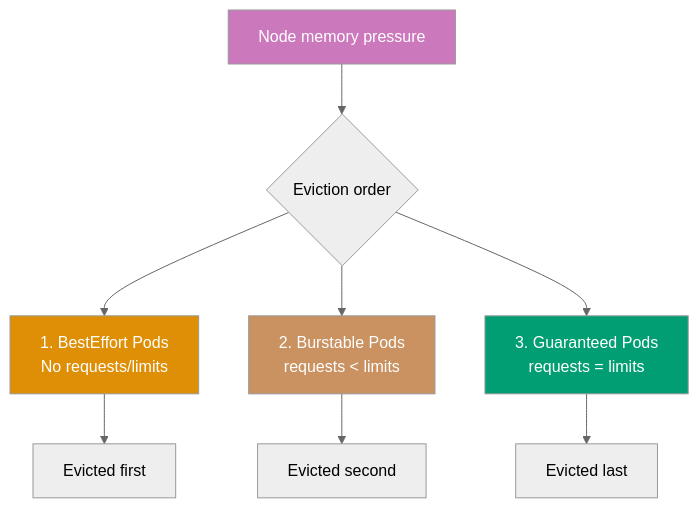
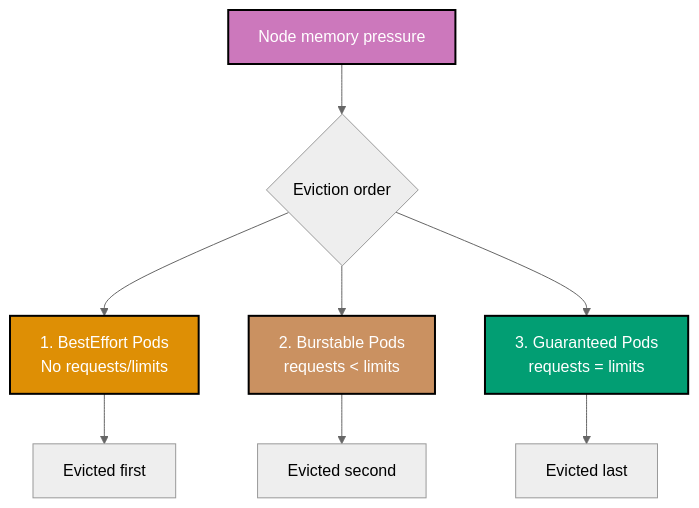
The ninth of 12 diagrams in apps/ayokoding-web/content/en/learn/software-engineering/infrastructure/tools/kubernetes/by-example/intermediate.md (wahidyankf/open-sharia-enterprise), drawn with Mermaid (neutral theme) before and after one commit. The commit also changed other lines of this file and 25 other files, not shown here.

````diff
--- a/apps/ayokoding-web/content/en/learn/software-engineering/infrastructure/tools/kubernetes/by-example/intermediate.md
+++ b/apps/ayokoding-web/content/en/learn/software-engineering/infrastructure/tools/kubernetes/by-example/intermediate.md
@@ -2003,16 +2011,17 @@
 ```mermaid
+%% Color Palette: Blue #0173B2, Orange #DE8F05, Teal #029E73, Purple #CC78BC, Brown #CA9161
 %% QoS eviction priority
 graph TD
  A[Node memory pressure] --> B{Eviction order}
  B --> C[1. BestEffort Pods<br/>No requests/limits]
  B --> D[2. Burstable Pods<br/>requests < limits]
  B --> E[3. Guaranteed Pods<br/>requests = limits]
  C --> F[Evicted first]
  D --> G[Evicted second]
  E --> H[Evicted last]
 
- style A fill:#CC78BC,color:#fff
- style C fill:#DE8F05,color:#fff
- style D fill:#CA9161,color:#fff
- style E fill:#029E73,color:#fff
+ style A fill:#CC78BC,stroke:#000000,stroke-width:2px,color:#fff
+ style C fill:#DE8F05,stroke:#000000,stroke-width:2px,color:#fff
+ style D fill:#CA9161,stroke:#000000,stroke-width:2px,color:#fff
+ style E fill:#029E73,stroke:#000000,stroke-width:2px,color:#fff
 ```
````
